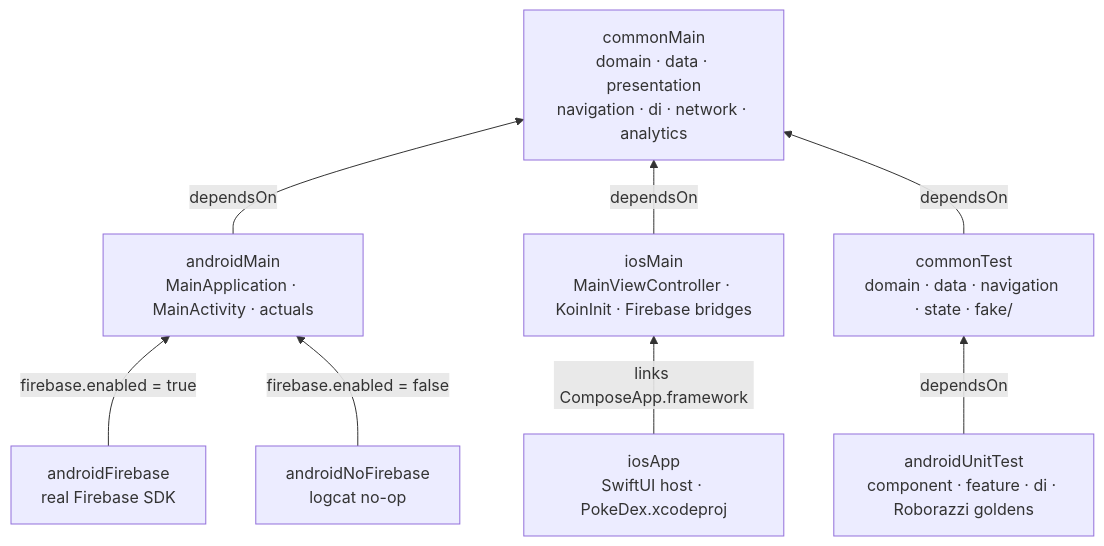
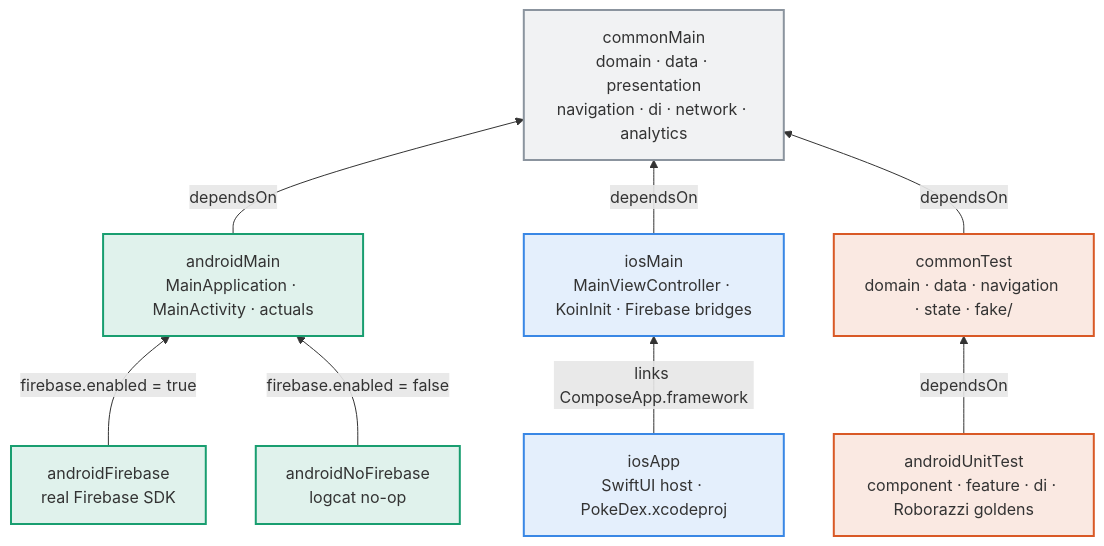
Before and after one commit to chrisjc29/PokeDexMulti: the first of 7 diagrams in docs/architecture.md, drawn with Mermaid. The commit also changed other lines of this file and 1 other file, not shown here.

First line of the commit message:
Colour-code the architecture diagrams

````diff
--- a/docs/architecture.md
+++ b/docs/architecture.md
@@ -16,19 +24,28 @@
 ```mermaid
 flowchart BT
     COMMON["commonMain<br/>domain · data · presentation<br/>navigation · di · network · analytics"]
     AND["androidMain<br/>MainApplication · MainActivity · actuals"]
     IOS["iosMain<br/>MainViewController · KoinInit · Firebase bridges"]
     FB["androidFirebase<br/>real Firebase SDK"]
     NOFB["androidNoFirebase<br/>logcat no-op"]
     CT["commonTest<br/>domain · data · navigation · state · fake/"]
     AUT["androidUnitTest<br/>component · feature · di · Roborazzi goldens"]
     IOSAPP["iosApp<br/>SwiftUI host · PokeDex.xcodeproj"]
 
     AND -->|"dependsOn"| COMMON
     IOS -->|"dependsOn"| COMMON
     CT -->|"dependsOn"| COMMON
     AUT -->|"dependsOn"| CT
     FB -->|"firebase.enabled = true"| AND
     NOFB -->|"firebase.enabled = false"| AND
     IOSAPP -->|"links ComposeApp.framework"| IOS
+
+    classDef shared fill:#8b949e1f,stroke:#8b949e,stroke-width:2px
+    classDef android fill:#199e7022,stroke:#199e70,stroke-width:2px
+    classDef ios fill:#3987e522,stroke:#3987e5,stroke-width:2px
+    classDef test fill:#d9592622,stroke:#d95926,stroke-width:2px
+    class COMMON shared
+    class AND,FB,NOFB android
+    class IOS,IOSAPP ios
+    class CT,AUT test
 ```
````
